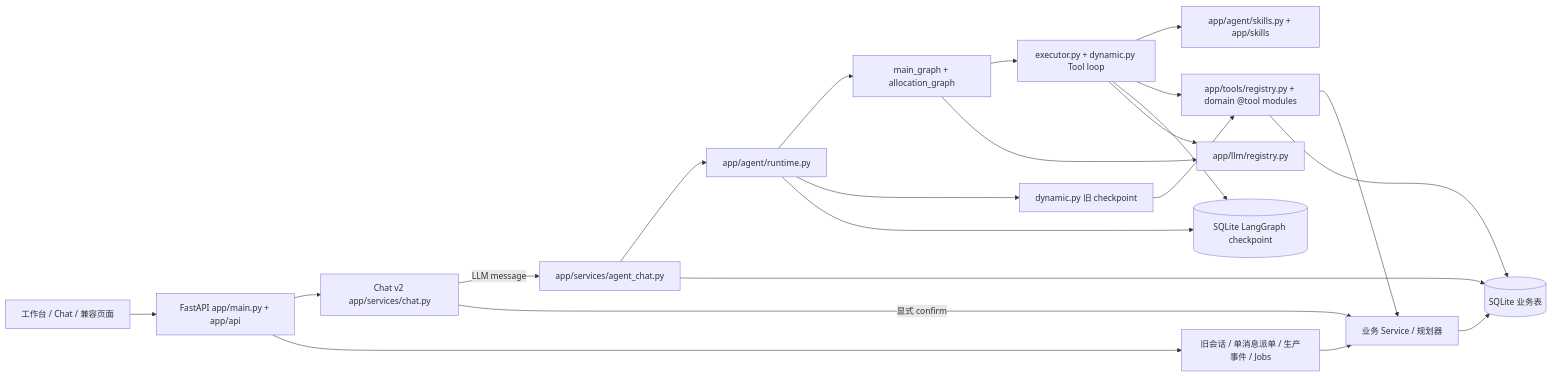
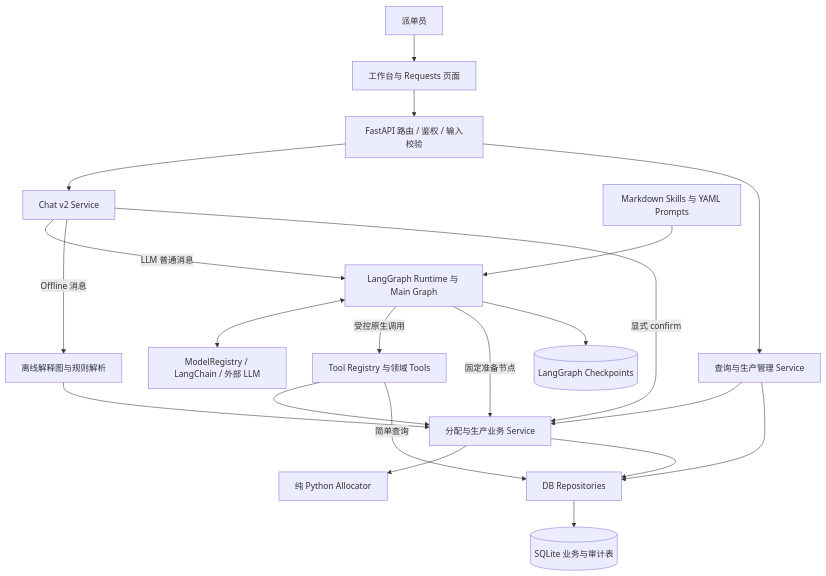
One commit to zh72640/dss5105_project changed the first of 3 diagrams in docs/current_architecture.md. Above: the diagram before and after it, drawn with Mermaid. The commit also changed other lines of this file and 45 other files, not shown here.

````diff
--- a/docs/current_architecture.md
+++ b/docs/current_architecture.md
@@ -7,24 +13,23 @@
 ```mermaid
-flowchart LR
-    UI[工作台 / Chat / 兼容页面] --> API[FastAPI app/main.py + app/api]
-    API --> CHAT[Chat v2 app/services/chat.py]
-    API --> OTHER[旧会话 / 单消息派单 / 生产事件 / Jobs]
-    CHAT -->|LLM message| AC[app/services/agent_chat.py]
-    AC --> RUNTIME[app/agent/runtime.py]
-    RUNTIME --> MAIN[main_graph + allocation_graph]
-    RUNTIME --> LEGACY[dynamic.py 旧 checkpoint]
-    MAIN --> EXECUTOR[executor.py + dynamic.py Tool loop]
-    EXECUTOR --> SKILL[app/agent/skills.py + app/skills]
-    EXECUTOR --> TOOL[app/tools/registry.py + domain @tool modules]
-    LEGACY --> TOOL
-    TOOL --> BIZ[业务 Service / 规划器]
-    CHAT -->|显式 confirm| BIZ
-    OTHER --> BIZ
-    BIZ --> DB[(SQLite 业务表)]
-    TOOL --> DB
-    RUNTIME --> CP[(SQLite LangGraph checkpoint)]
-    EXECUTOR --> CP
-    AC --> DB
-    MAIN --> MODEL[app/llm/registry.py]
-    EXECUTOR --> MODEL
+flowchart TB
+    U[派单员] --> UI[工作台与 Requests 页面]
+    UI --> API[FastAPI 路由 / 鉴权 / 输入校验]
+    API --> CHAT[Chat v2 Service]
+    API --> OPS[查询与生产管理 Service]
+    CHAT -->|LLM 普通消息| AGENT[LangGraph Runtime 与 Main Graph]
+    CHAT -->|Offline 消息| OFF[离线解释图与规则解析]
+    CHAT -->|显式 confirm| SERVICE[分配与生产业务 Service]
+    AGENT <--> MODEL[ModelRegistry / LangChain / 外部 LLM]
+    SKILL[Markdown Skills 与 YAML Prompts] --> AGENT
+    AGENT -->|受控原生调用| TOOL[Tool Registry 与领域 Tools]
+    AGENT -->|固定准备节点| SERVICE
+    TOOL --> SERVICE
+    TOOL -->|简单查询| REPO[DB Repositories]
+    OFF --> SERVICE
+    OPS --> SERVICE
+    OPS --> REPO
+    SERVICE --> ALLOC[纯 Python Allocator]
+    SERVICE --> REPO
+    REPO --> DB[(SQLite 业务与审计表)]
+    AGENT --> CP[(LangGraph Checkpoints)]
 ```
````
